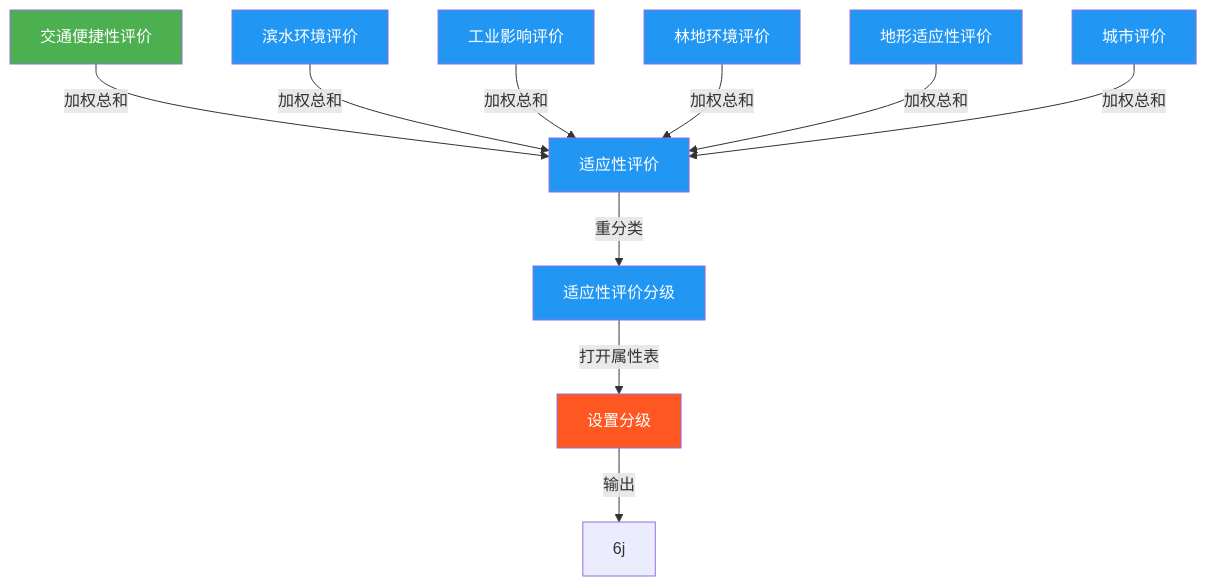
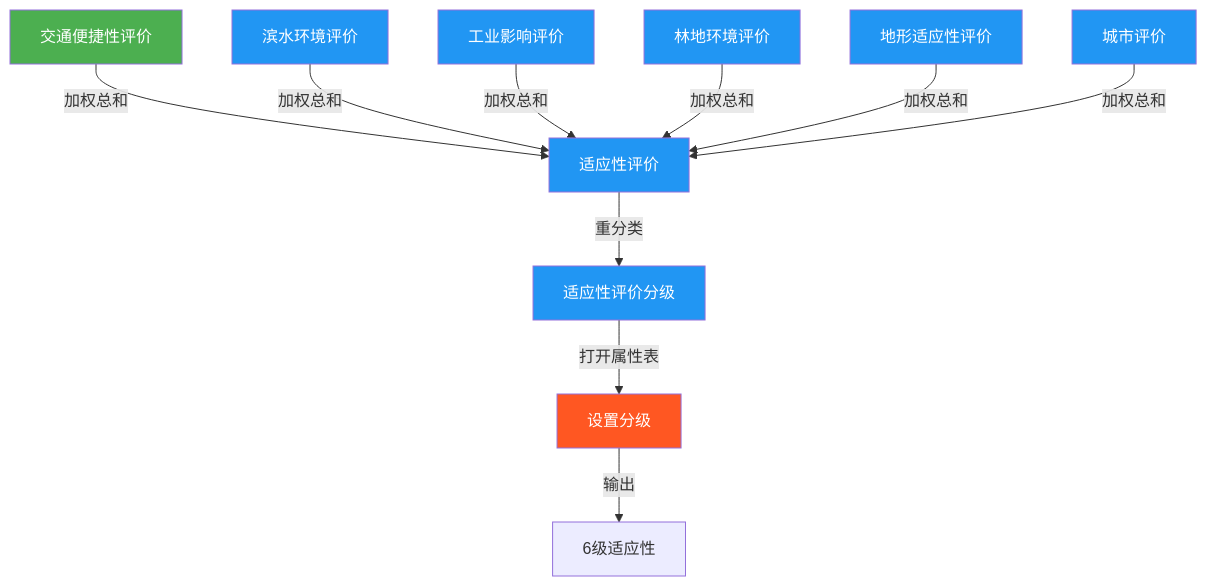
The diagram in all/未命名.md (newguser/iodraw-files), drawn with Mermaid before and after one commit.

Commit message:
2025-02-27 16:22:39 update

````diff
--- a/all/未命名.md
+++ b/all/未命名.md
@@ -1,17 +1,17 @@
 ```mermaid
 graph TD
     A[交通便捷性评价] -->|加权总和| B[适应性评价]
     C[滨水环境评价] -->|加权总和| B
     D[工业影响评价] -->|加权总和| B
     E[林地环境评价] -->|加权总和| B
     F[地形适应性评价] -->|加权总和| B
     G[城市评价] -->|加权总和| B
     B -->|重分类| H[适应性评价分级]
     H -->|打开属性表| I[设置分级]
-    I -->|输出| J[6j]
+    I -->|输出| J[6级适应性]
 
     style A fill:#4CAF50,color:white
     style I fill:#FF5722,color:white
     classDef process fill:#2196F3,color:white;
     class B,C,D,E,F,G,H process
 ```
````
